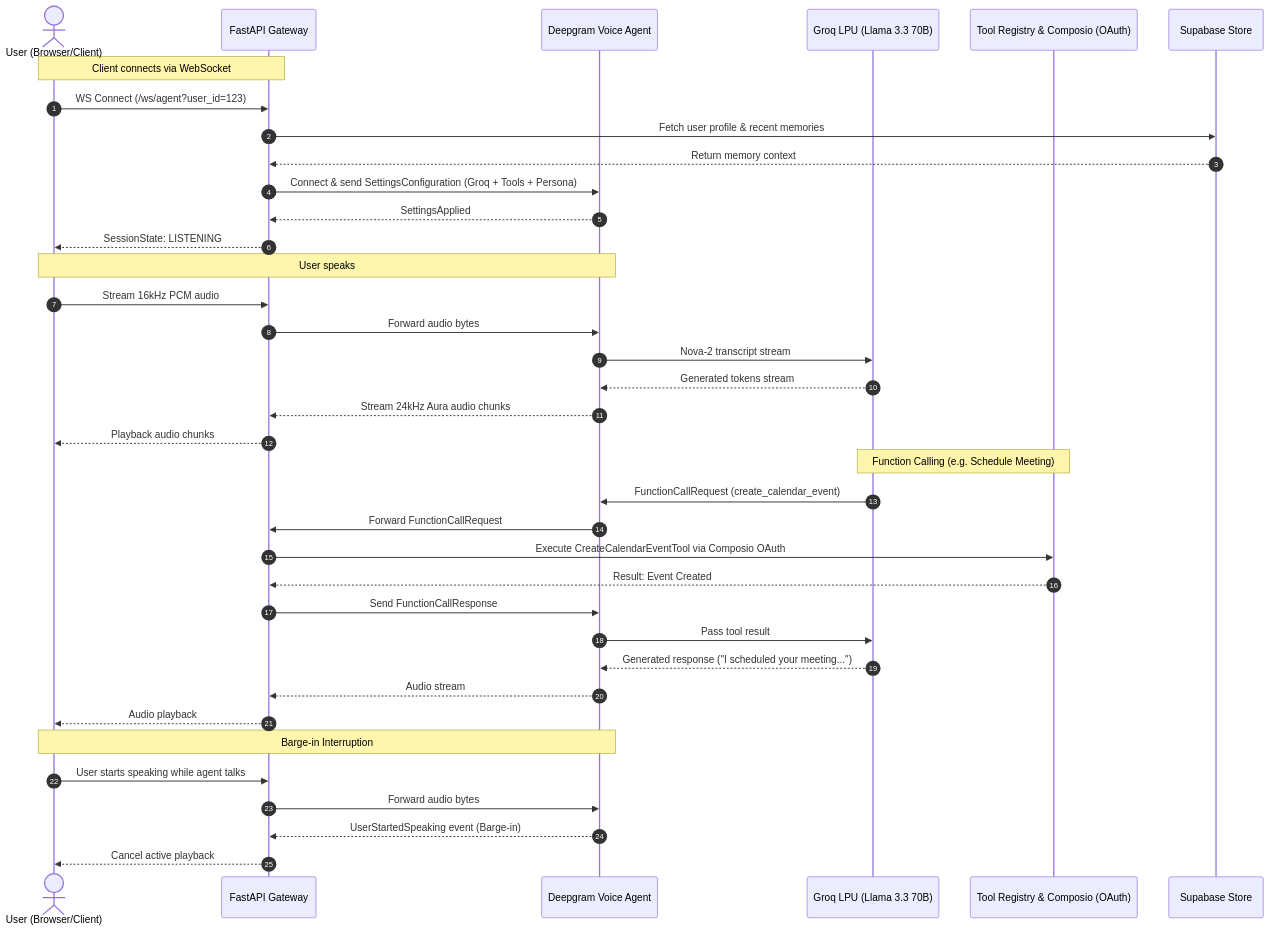
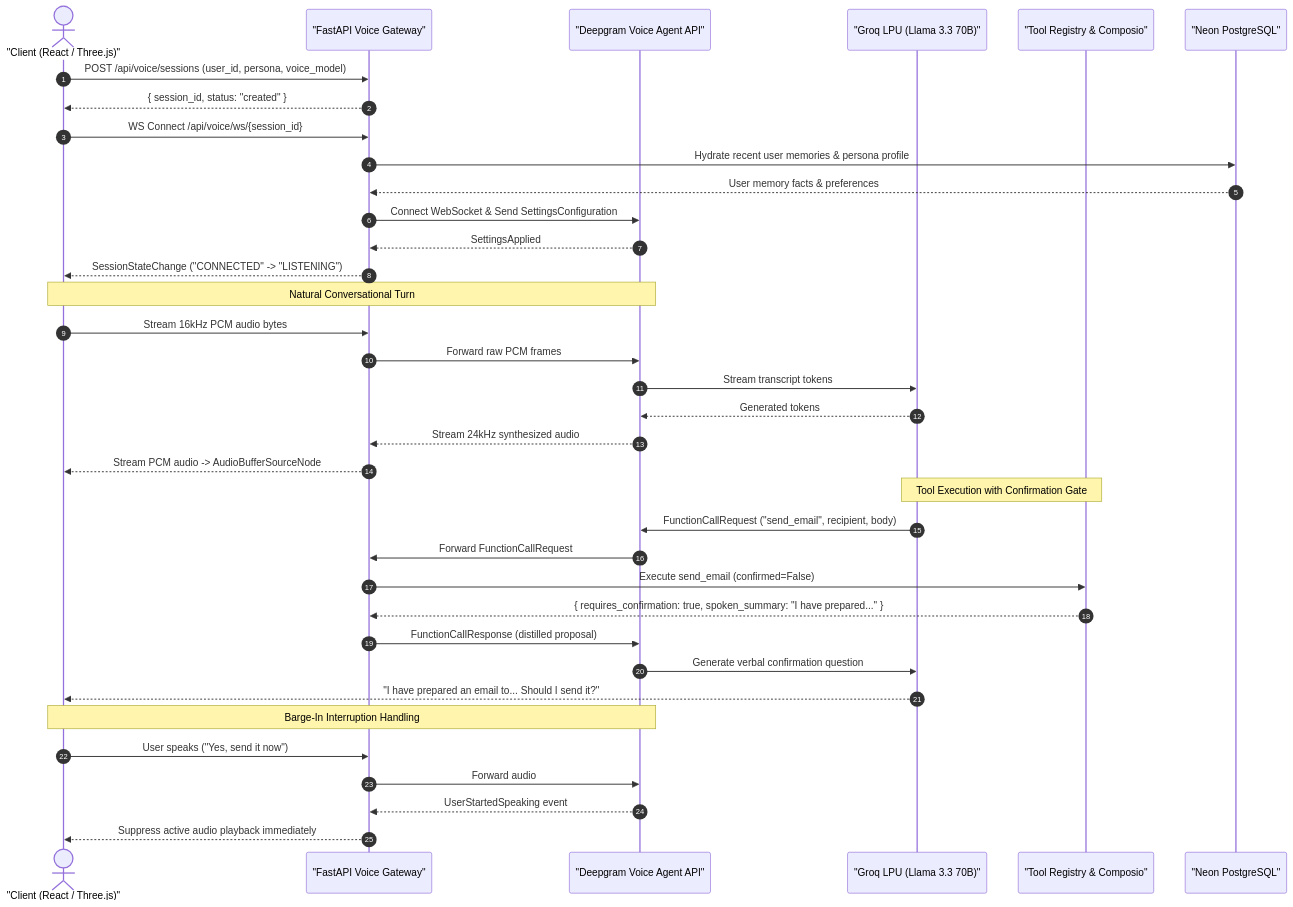
One commit to Courage-7/Voice-Agent changed the second of 2 diagrams in README.md. Above: the diagram before and after it, drawn with Mermaid. The commit also changed other lines of this file and 36 other files, not shown here.

````diff
--- a/README.md
+++ b/README.md
@@ -82,43 +116,43 @@
 ```mermaid
 sequenceDiagram
     autonumber
-    actor User as User (Browser/Client)
-    participant GW as FastAPI Gateway
-    participant DG as Deepgram Voice Agent
-    participant GQ as Groq LPU (Llama 3.3 70B)
-    participant TR as Tool Registry & Composio (OAuth)
-    participant SB as Supabase Store
+    actor Client as "Client (React / Three.js)"
+    participant GW as "FastAPI Voice Gateway"
+    participant DG as "Deepgram Voice Agent API"
+    participant Groq as "Groq LPU (Llama 3.3 70B)"
+    participant Tool as "Tool Registry & Composio"
+    participant DB as "Neon PostgreSQL"
 
-    Note over User,GW: Client connects via WebSocket
-    User->>GW: WS Connect (/ws/agent?user_id=123)
-    GW->>SB: Fetch user profile & recent memories
-    SB-->>GW: Return memory context
-    GW->>DG: Connect & send SettingsConfiguration (Groq + Tools + Persona)
+    Client->>GW: POST /api/voice/sessions (user_id, persona, voice_model)
+    GW-->>Client: { session_id, status: "created" }
+
+    Client->>GW: WS Connect /api/voice/ws/{session_id}
+    GW->>DB: Hydrate recent user memories & persona profile
+    DB-->>GW: User memory facts & preferences
+    GW->>DG: Connect WebSocket & Send SettingsConfiguration
     DG-->>GW: SettingsApplied
-    GW-->>User: SessionState: LISTENING
+    GW-->>Client: SessionStateChange ("CONNECTED" -> "LISTENING")
 
-    Note over User,DG: User speaks
-    User->>GW: Stream 16kHz PCM audio
-    GW->>DG: Forward audio bytes
-    DG->>GQ: Nova-2 transcript stream
-    GQ-->>DG: Generated tokens stream
-    DG-->>GW: Stream 24kHz Aura audio chunks
-    GW-->>User: Playback audio chunks
+    Note over Client,DG: Natural Conversational Turn
+    Client->>GW: Stream 16kHz PCM audio bytes
+    GW->>DG: Forward raw PCM frames
+    DG->>Groq: Stream transcript tokens
+    Groq-->>DG: Generated tokens
+    DG-->>GW: Stream 24kHz synthesized audio
+    GW-->>Client: Stream PCM audio -> AudioBufferSourceNode
 
-    Note over GQ,TR: Function Calling (e.g. Schedule Meeting)
-    GQ->>DG: FunctionCallRequest (create_calendar_event)
+    Note over Groq,Tool: Tool Execution with Confirmation Gate
+    Groq->>DG: FunctionCallRequest ("send_email", recipient, body)
     DG->>GW: Forward FunctionCallRequest
-    GW->>TR: Execute CreateCalendarEventTool via Composio OAuth
-    TR-->>GW: Result: Event Created
-    GW->>DG: Send FunctionCallResponse
-    DG->>GQ: Pass tool result
-    GQ-->>DG: Generated response ("I scheduled your meeting...")
-    DG-->>GW: Audio stream
-    GW-->>User: Audio playback
+    GW->>Tool: Execute send_email (confirmed=False)
+    Tool-->>GW: { requires_confirmation: true, spoken_summary: "I have prepared..." }
+    GW->>DG: FunctionCallResponse (distilled proposal)
+    DG->>Groq: Generate verbal confirmation question
+    Groq-->>Client: "I have prepared an email to... Should I send it?"
 
-    Note over User,DG: Barge-in Interruption
-    User->>GW: User starts speaking while agent talks
-    GW->>DG: Forward audio bytes
-    DG-->>GW: UserStartedSpeaking event (Barge-in)
-    GW-->>User: Cancel active playback
+    Note over Client,DG: Barge-In Interruption Handling
+    Client->>GW: User speaks ("Yes, send it now")
+    GW->>DG: Forward audio
+    DG-->>GW: UserStartedSpeaking event
+    GW-->>Client: Suppress active audio playback immediately
 ```
````
